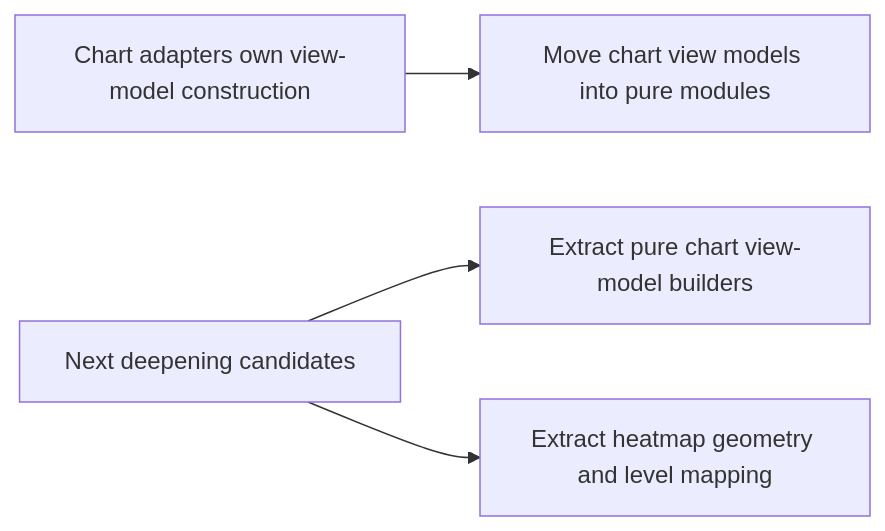
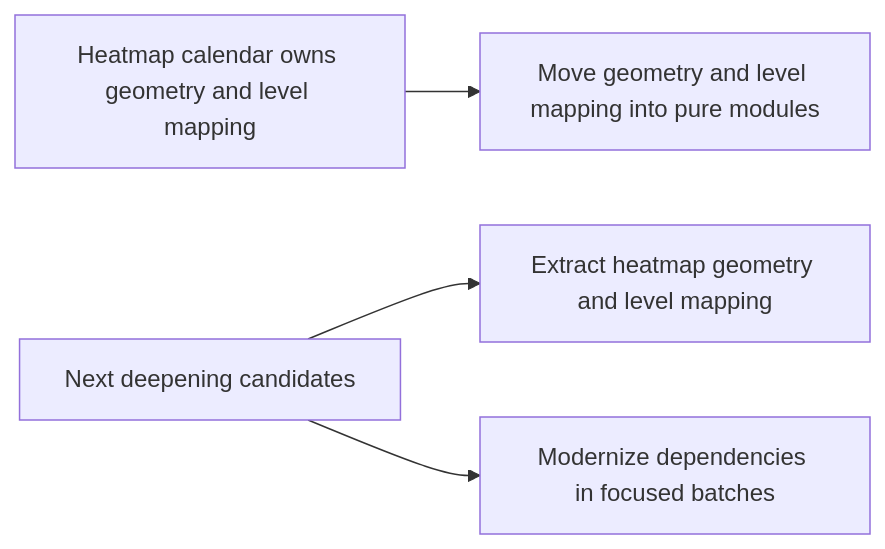
The fifth of 5 diagrams in docs/architecture/module-flow.md (Guoyuer/eventTracker), drawn with Mermaid before and after one commit. The commit also changed other lines of this file and 9 other files, not shown here.

Commit message:
Extract chart view models

````diff
--- a/docs/architecture/module-flow.md
+++ b/docs/architecture/module-flow.md
@@ -132,9 +136,9 @@
 ```mermaid
 flowchart LR
-  ChartAdapters["Chart adapters own view-model construction"]
-  ChartAdapters --> Logic["Move chart view models into pure modules"]
+  HeatmapCalendar["Heatmap calendar owns geometry and level mapping"]
+  HeatmapCalendar --> Logic["Move geometry and level mapping into pure modules"]
 
   Next["Next deepening candidates"]
-  Next --> ChartViewModels["Extract pure chart view-model builders"]
   Next --> HeatmapGeometry["Extract heatmap geometry and level mapping"]
+  Next --> DependencyBatches["Modernize dependencies in focused batches"]
 ```
````
